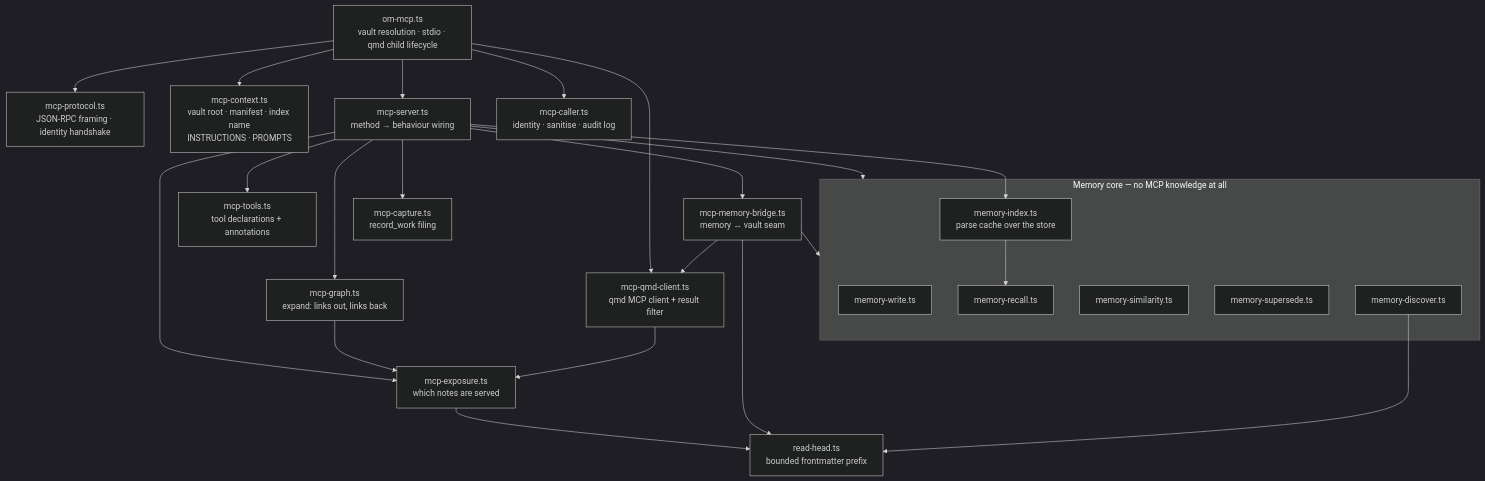
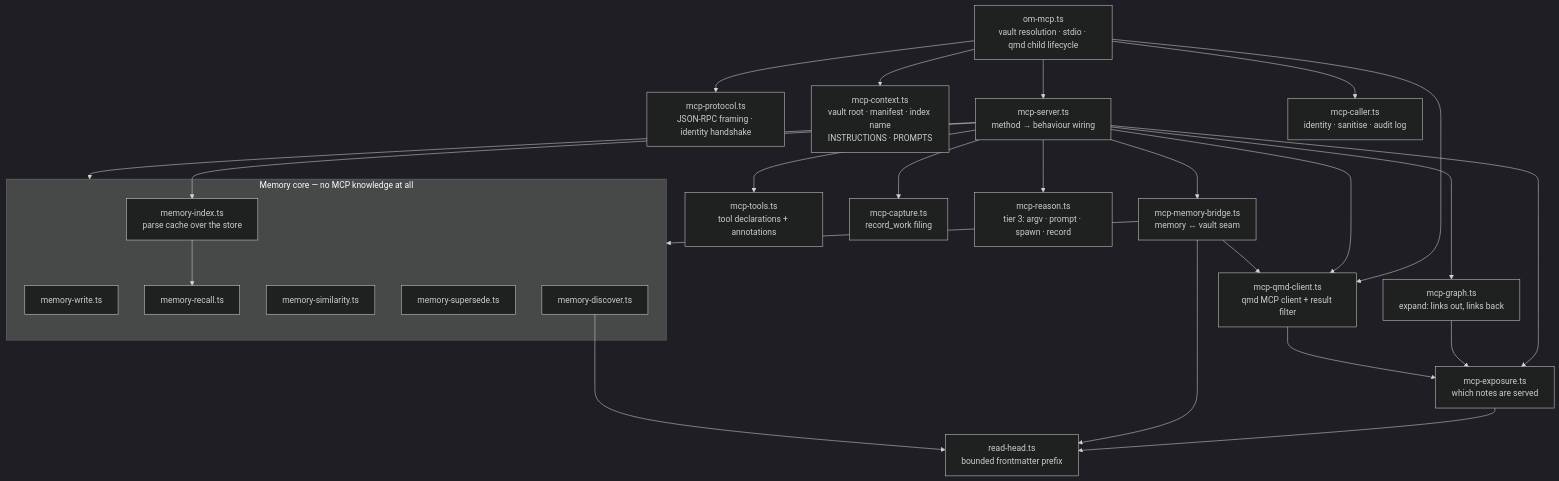
The seventh of 21 diagrams in ARCHITECTURE.md (OfirGavish/obsidian-mind), drawn with Mermaid (dark theme) before and after one commit. The commit also changed other lines of this file and 16 other files, not shown here.

````diff
--- a/ARCHITECTURE.md
+++ b/ARCHITECTURE.md
@@ -380,44 +383,47 @@
 ```mermaid
 flowchart TB
     Entry["om-mcp.ts<br/>vault resolution · stdio · qmd child lifecycle"]
     Proto["mcp-protocol.ts<br/>JSON-RPC framing · identity handshake"]
     Ctx["mcp-context.ts<br/>vault root · manifest · index name<br/>INSTRUCTIONS · PROMPTS"]
     Server["mcp-server.ts<br/>method → behaviour wiring"]
     Tools["mcp-tools.ts<br/>tool declarations + annotations"]
     Exp["mcp-exposure.ts<br/>which notes are served"]
     Qmd["mcp-qmd-client.ts<br/>qmd MCP client + result filter"]
     Graph["mcp-graph.ts<br/>expand: links out, links back"]
     Caller["mcp-caller.ts<br/>identity · sanitise · audit log"]
     Bridge["mcp-memory-bridge.ts<br/>memory ↔ vault seam"]
     Capture["mcp-capture.ts<br/>record_work filing"]
+    Reason["mcp-reason.ts<br/>tier 3: argv · prompt · spawn · record"]
     RH["read-head.ts<br/>bounded frontmatter prefix"]
     subgraph Core["Memory core — no MCP knowledge at all"]
         MW["memory-write.ts"]
         MR["memory-recall.ts"]
         MS["memory-similarity.ts"]
         MSup["memory-supersede.ts"]
         MD["memory-discover.ts"]
         Idx["memory-index.ts<br/>parse cache over the store"]
     end
 
     Entry --> Proto
     Entry --> Ctx
     Entry --> Server
     Entry --> Qmd
     Entry --> Caller
     Server --> Tools
     Server --> Exp
     Server --> Graph
     Server --> Bridge
     Server --> Capture
+    Server --> Reason
     Server --> Idx
     Server --> Core
+    Server --> Qmd
     Idx --> MR
     Graph --> Exp
     Qmd --> Exp
     Bridge --> Core
     Bridge --> Qmd
     Exp --> RH
     Bridge --> RH
     MD --> RH
 ```
````
